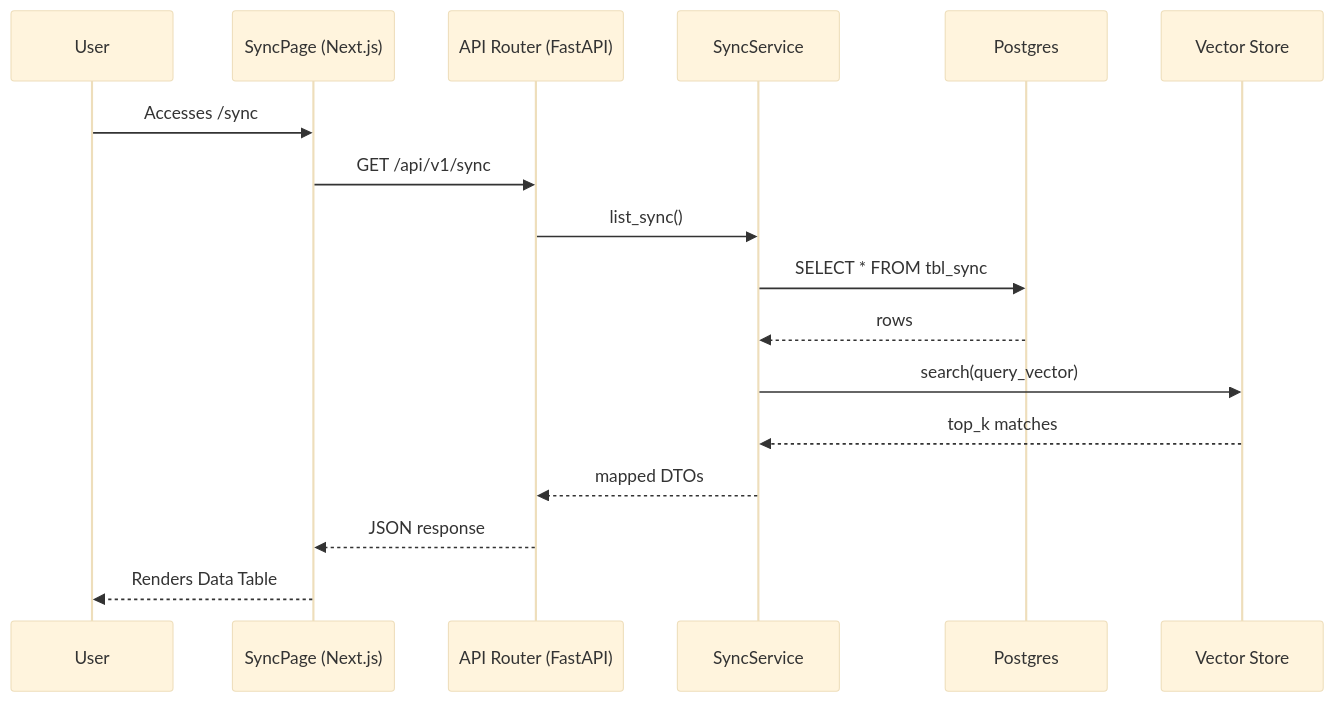
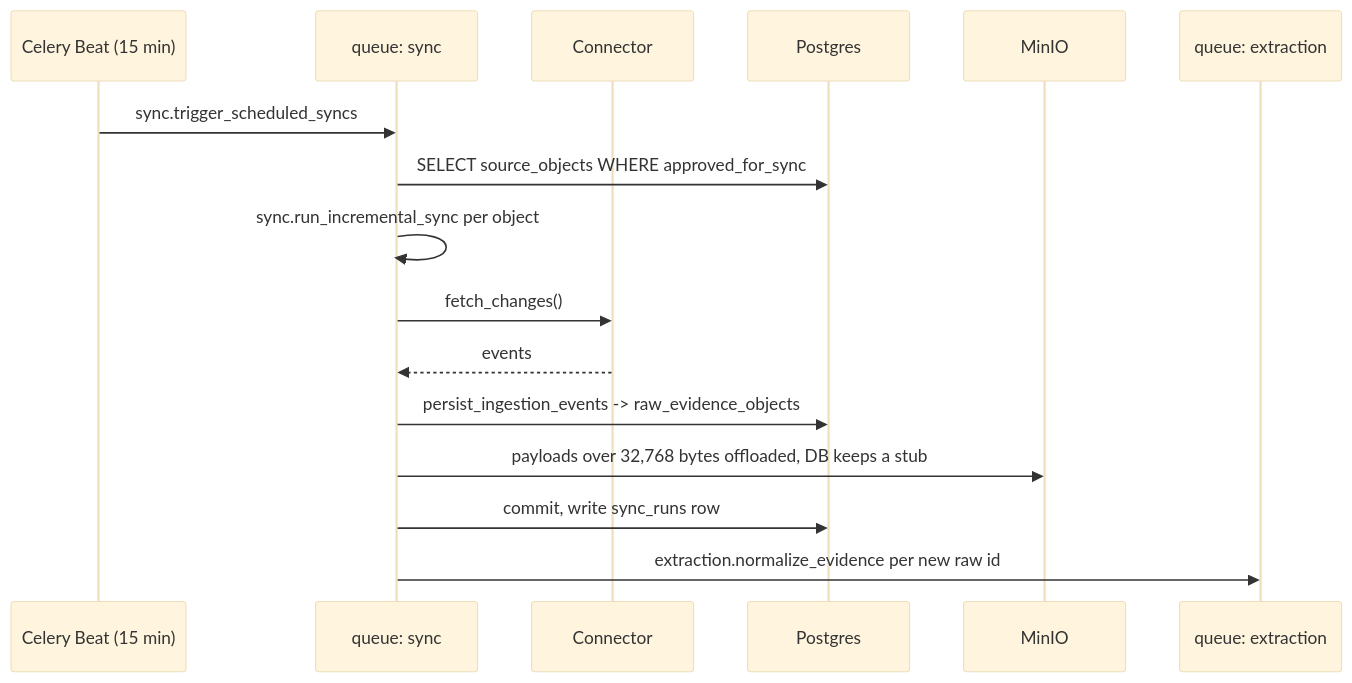
Before and after one commit to Valuedx/ContextEdge: the fourth of 26 diagrams in docs/11_UI_Tabs_Explanation.md, drawn with Mermaid (base theme). The commit also changed other lines of this file and 48 other files, not shown here.

````diff
--- a/docs/11_UI_Tabs_Explanation.md
+++ b/docs/11_UI_Tabs_Explanation.md
@@ -323,20 +404,19 @@
 ```mermaid
 sequenceDiagram
-    participant User
-    participant Frontend as SyncPage (Next.js)
-    participant API as API Router (FastAPI)
-    participant Service as SyncService
+    participant Beat as Celery Beat (15 min)
+    participant SyncQ as queue: sync
+    participant Conn as Connector
     participant DB as Postgres
-    participant Vector as Vector Store
-    
-    User->>Frontend: Accesses /sync
-    Frontend->>API: GET /api/v1/sync
-    API->>Service: list_sync()
-    Service->>DB: SELECT * FROM tbl_sync
-    DB-->>Service: rows
-    Service->>Vector: search(query_vector)
-    Vector-->>Service: top_k matches
-    Service-->>API: mapped DTOs
-    API-->>Frontend: JSON response
-    Frontend-->>User: Renders Data Table
+    participant MinIO
+    participant ExtQ as queue: extraction
+
+    Beat->>SyncQ: sync.trigger_scheduled_syncs
+    SyncQ->>DB: SELECT source_objects WHERE approved_for_sync
+    SyncQ->>SyncQ: sync.run_incremental_sync per object
+    SyncQ->>Conn: fetch_changes()
+    Conn-->>SyncQ: events
+    SyncQ->>DB: persist_ingestion_events -> raw_evidence_objects
+    SyncQ->>MinIO: payloads over 32,768 bytes offloaded, DB keeps a stub
+    SyncQ->>DB: commit, write sync_runs row
+    SyncQ->>ExtQ: extraction.normalize_evidence per new raw id
 ```
````
